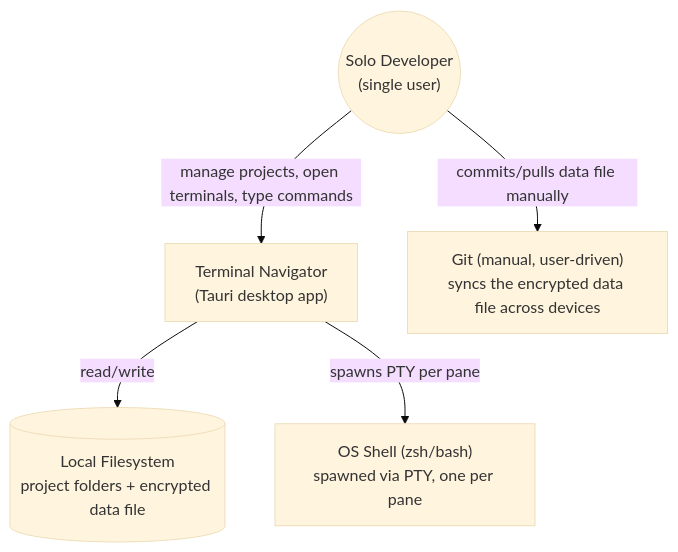
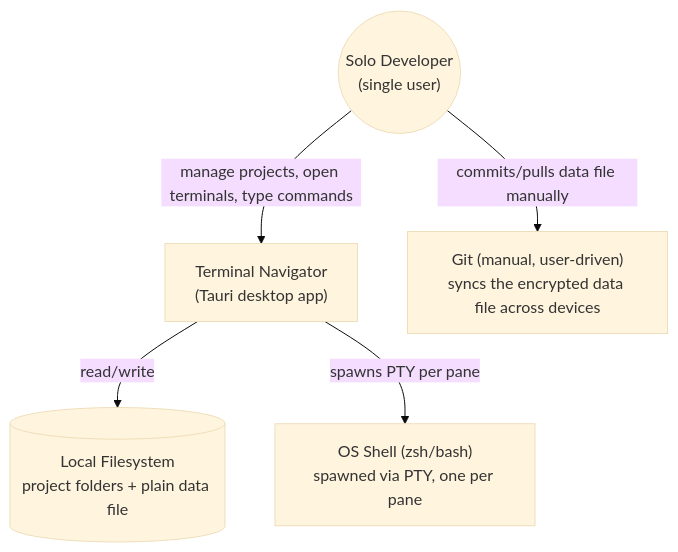
The first of 2 diagrams in docs/backend/architecture.md (putracode3/terminal-navigator), drawn with Mermaid (base theme) before and after one commit. The commit also changed other lines of this file and 47 other files, not shown here.

````diff
--- a/docs/backend/architecture.md
+++ b/docs/backend/architecture.md
@@ -30,13 +30,13 @@
 ```mermaid
 graph TB
     User(("Solo Developer<br/>(single user)"))
     App["Terminal Navigator<br/>(Tauri desktop app)"]
-    FS[("Local Filesystem<br/>project folders + encrypted data file")]
+    FS[("Local Filesystem<br/>project folders + plain data file")]
     Shell["OS Shell (zsh/bash)<br/>spawned via PTY, one per pane"]
     Git["Git (manual, user-driven)<br/>syncs the encrypted data file across devices"]
 
     User -->|manage projects, open terminals, type commands| App
     App -->|read/write| FS
     App -->|spawns PTY per pane| Shell
     User -->|commits/pulls data file manually| Git
 ```
````
